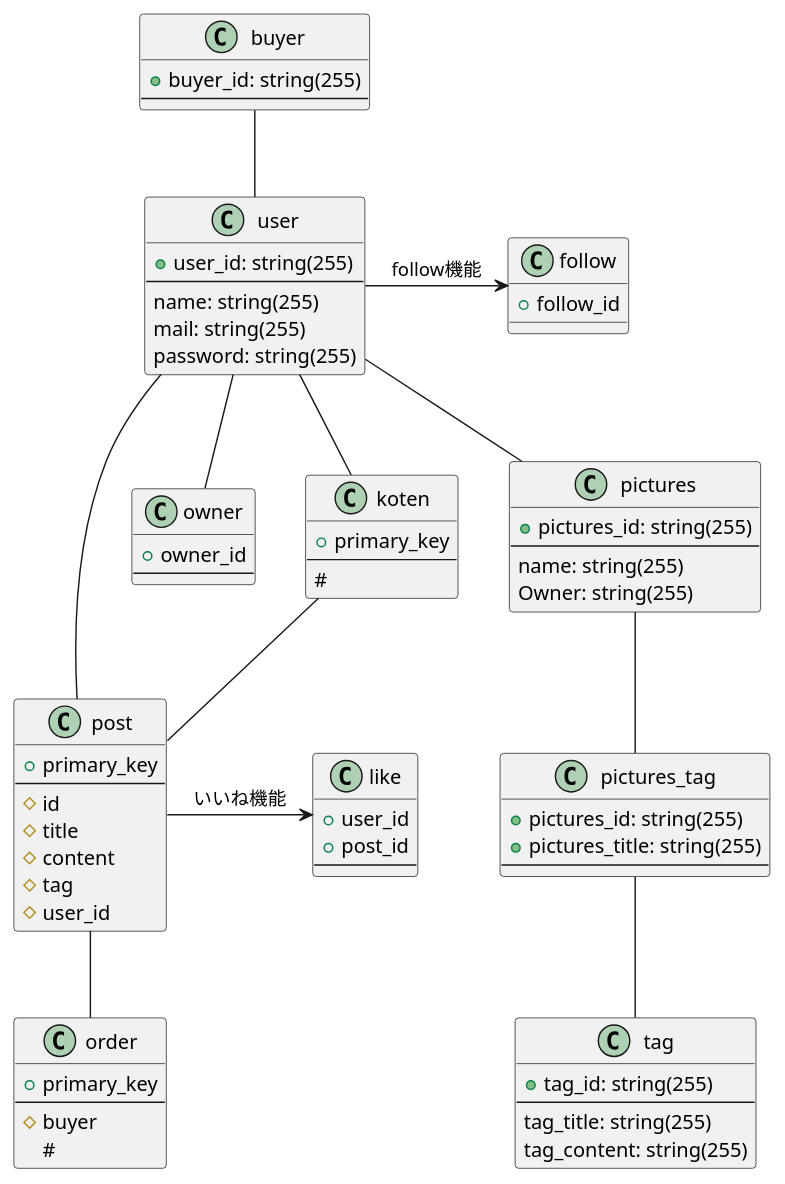
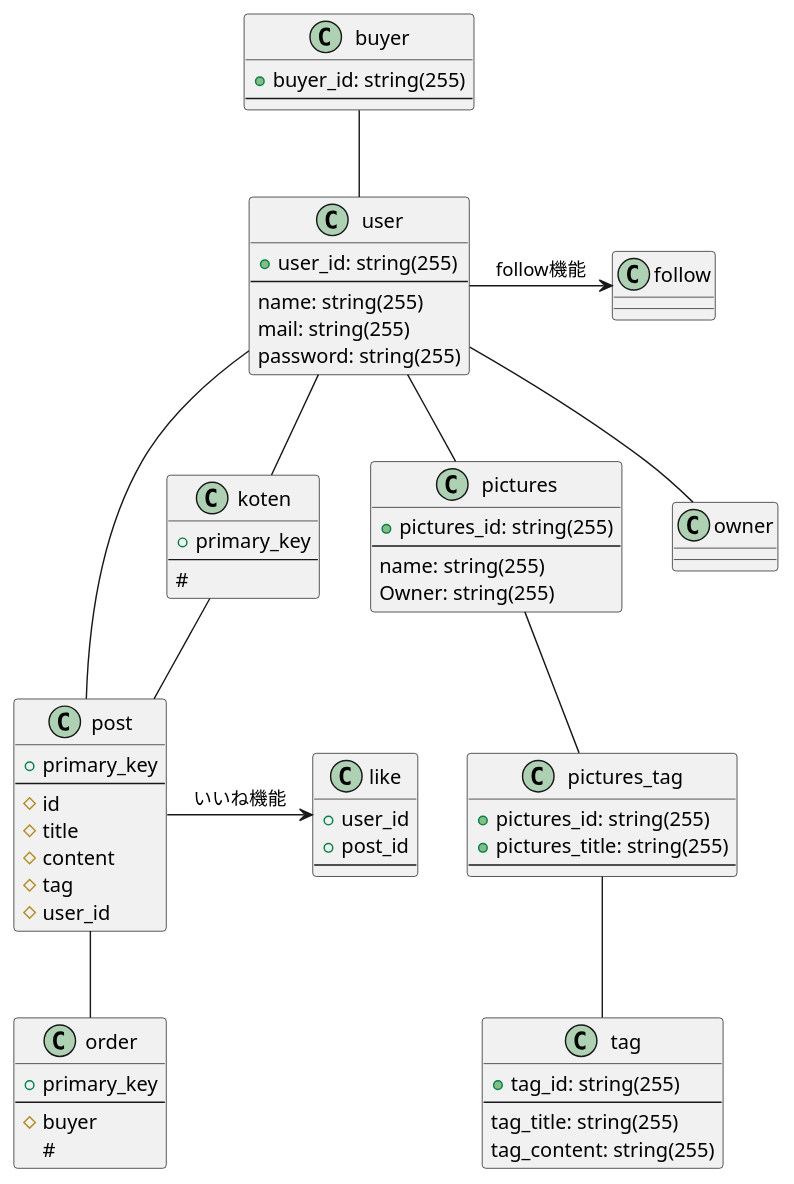
One commit to yoshiko-yoshiko/walkoh changed the diagram in table.pu. Above: the diagram before and after it, drawn with PlantUML. The commit also changed 5 other files, not shown here.

```diff
--- a/table.pu
+++ b/table.pu
@@ -1,77 +1,70 @@
 @startuml
     class user {
         + user_id: string(255)
         ---
         name: string(255)
         mail: string(255)
         password: string(255)
     }
     class buyer {
         + buyer_id: string(255)
         ---
-    }
-    class owner{
-        + owner_id
-        ---
-    }
-    class follow{
-        + follow_id
     }
 
     class pictures{
     + pictures_id: string(255)
     ---
     name: string(255)
     Owner: string(255)
     }
     class pictures_tag{
     + pictures_id: string(255)
     + pictures_title: string(255)
     ---
     }
     class tag{
     + tag_id: string(255)
     ---
     tag_title: string(255)
     tag_content: string(255)
 }
     class koten{
         + primary_key
         ---
         #
     }
 class like{
         + user_id
         + post_id
         ---
 }
 class post{
         + primary_key
         ---
         # id
         # title
         # content
         # tag
         # user_id
     }
 class order{
         + primary_key
         ---
         # buyer
         #
     }
 
 buyer -- user
 user -- owner
 user -- post
 user -- pictures
 user -> follow:follow機能
 user -- koten
 
 pictures -- pictures_tag
 pictures_tag -- tag
 
 koten -- post
 post -> like:いいね機能
 post -- order
 @enduml
```
